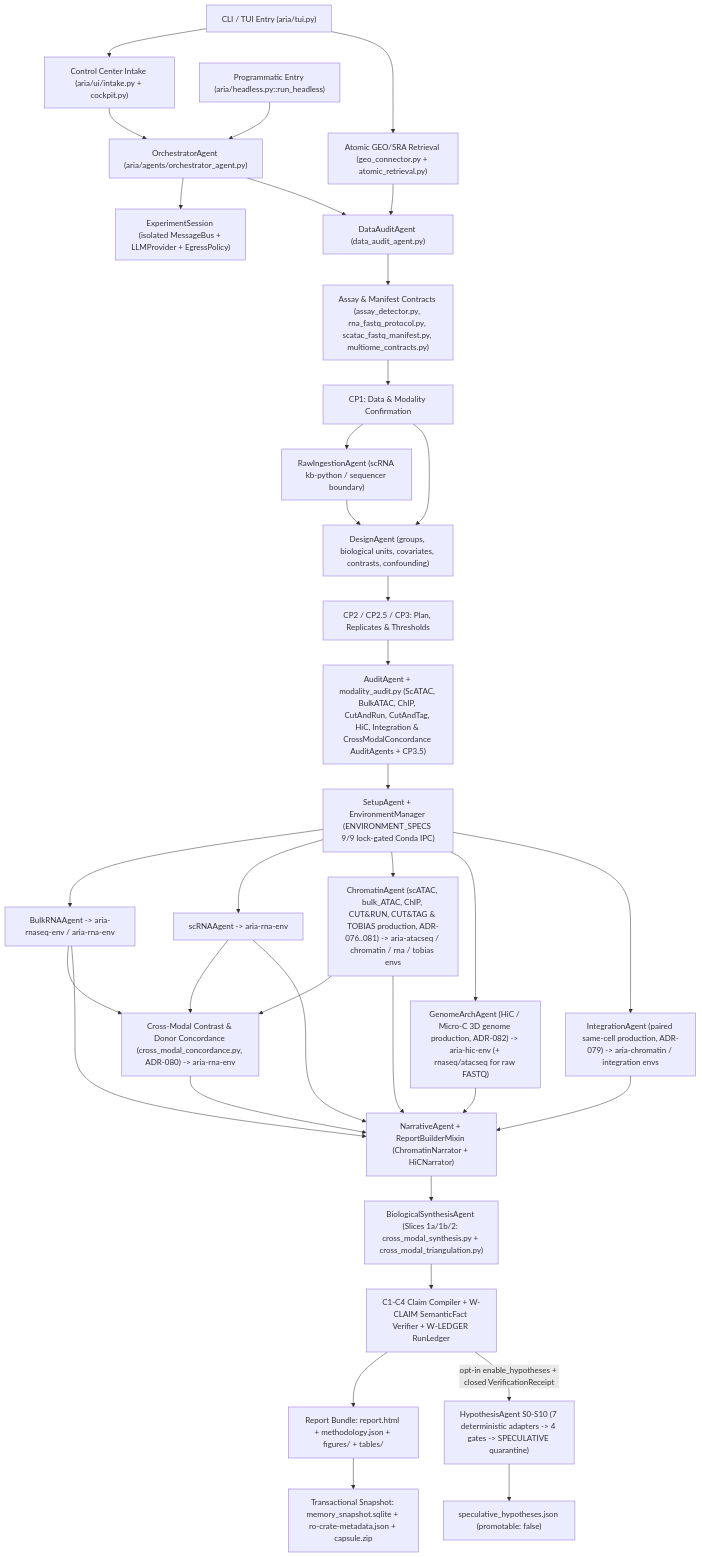
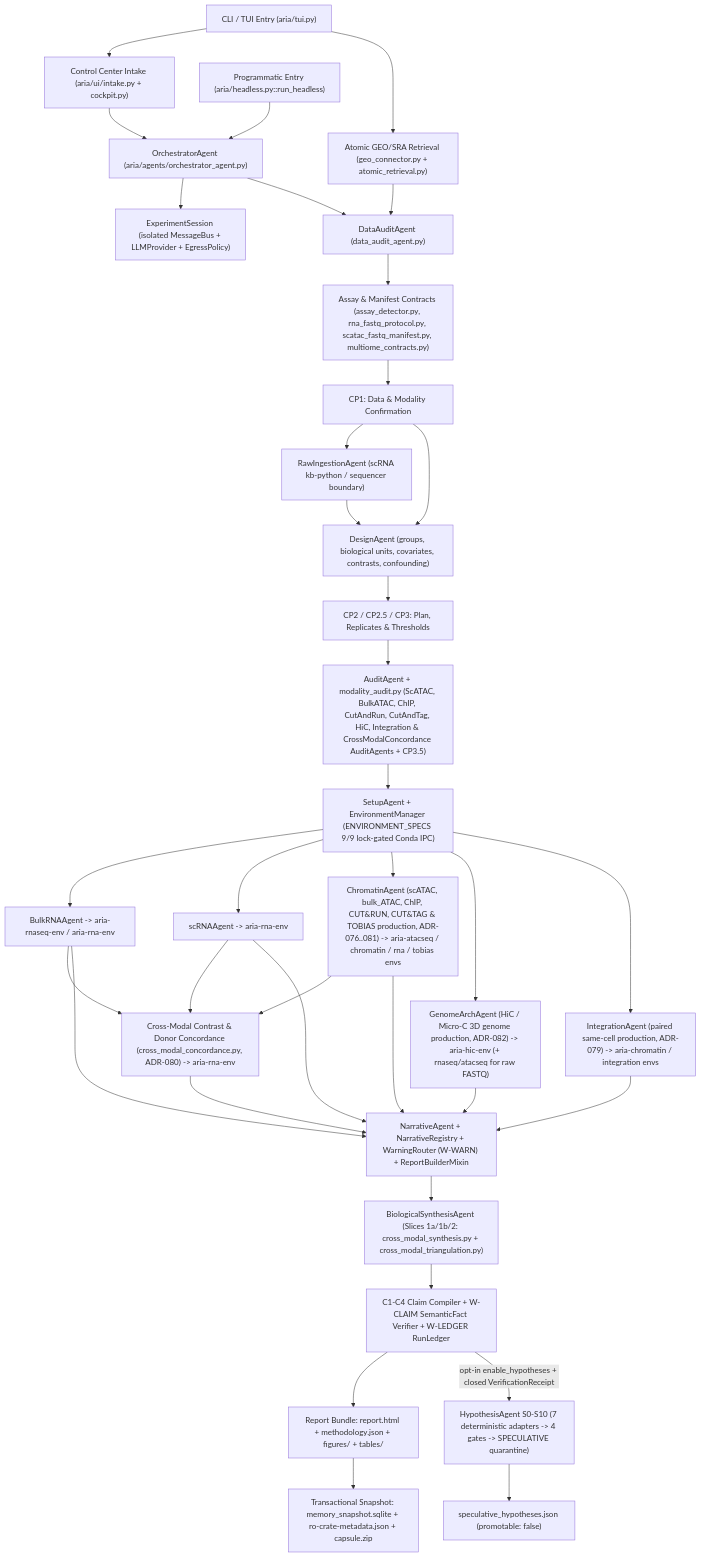
Before and after one commit to Olascoaga/aria-omics: the diagram in docs/architecture/code_graph.md, drawn with Mermaid. The commit also changed other lines of this file and 17 other files, not shown here.

````diff
--- a/docs/architecture/code_graph.md
+++ b/docs/architecture/code_graph.md
@@ -9,43 +9,43 @@
 ```mermaid
 flowchart TD
     CLI["CLI / TUI Entry (aria/tui.py)"] --> INTAKE["Control Center Intake (aria/ui/intake.py + cockpit.py)"]
     HEADLESS["Programmatic Entry (aria/headless.py::run_headless)"] --> ORCH
     CLI --> GEO["Atomic GEO/SRA Retrieval (geo_connector.py + atomic_retrieval.py)"]
     INTAKE --> ORCH["OrchestratorAgent (aria/agents/orchestrator_agent.py)"]
     GEO --> DA["DataAuditAgent (data_audit_agent.py)"]
     ORCH --> SESSION["ExperimentSession (isolated MessageBus + LLMProvider + EgressPolicy)"]
     ORCH --> DA
 
     DA --> ASSAY["Assay & Manifest Contracts (assay_detector.py, rna_fastq_protocol.py, scatac_fastq_manifest.py, multiome_contracts.py)"]
     ASSAY --> CP1["CP1: Data & Modality Confirmation"]
     CP1 --> RAW["RawIngestionAgent (scRNA kb-python / sequencer boundary)"]
     CP1 --> DESIGN["DesignAgent (groups, biological units, covariates, contrasts, confounding)"]
     RAW --> DESIGN
     DESIGN --> CP2["CP2 / CP2.5 / CP3: Plan, Replicates & Thresholds"]
     CP2 --> AUDIT["AuditAgent + modality_audit.py (ScATAC, BulkATAC, ChIP, CutAndRun, CutAndTag, HiC, Integration & CrossModalConcordance AuditAgents + CP3.5)"]
     AUDIT --> SETUP["SetupAgent + EnvironmentManager (ENVIRONMENT_SPECS 9/9 lock-gated Conda IPC)"]
 
     SETUP --> BULK["BulkRNAAgent -> aria-rnaseq-env / aria-rna-env"]
     SETUP --> SCRNA["scRNAAgent -> aria-rna-env"]
     SETUP --> CHROM["ChromatinAgent (scATAC, bulk_ATAC, ChIP, CUT&RUN, CUT&TAG & TOBIAS production, ADR-076..081) -> aria-atacseq / chromatin / rna / tobias envs"]
     SETUP --> HIC["GenomeArchAgent (HiC / Micro-C 3D genome production, ADR-082) -> aria-hic-env (+ rnaseq/atacseq for raw FASTQ)"]
     SETUP --> INTEG["IntegrationAgent (paired same-cell production, ADR-079) -> aria-chromatin / integration envs"]
 
     BULK --> XMODAL["Cross-Modal Contrast & Donor Concordance (cross_modal_concordance.py, ADR-080) -> aria-rna-env"]
     SCRNA --> XMODAL
     CHROM --> XMODAL
 
-    BULK --> NARR["NarrativeAgent + ReportBuilderMixin (ChromatinNarrator + HiCNarrator)"]
+    BULK --> NARR["NarrativeAgent + NarrativeRegistry + WarningRouter (W-WARN) + ReportBuilderMixin"]
     SCRNA --> NARR
     CHROM --> NARR
     HIC --> NARR
     INTEG --> NARR
     XMODAL --> NARR
 
     NARR --> SYNTH["BiologicalSynthesisAgent (Slices 1a/1b/2: cross_modal_synthesis.py + cross_modal_triangulation.py)"]
     SYNTH --> COMPILER["C1-C4 Claim Compiler + W-CLAIM SemanticFact Verifier + W-LEDGER RunLedger"]
     COMPILER --> BUNDLE["Report Bundle: report.html + methodology.json + figures/ + tables/"]
     BUNDLE --> CAPSULE["Transactional Snapshot: memory_snapshot.sqlite + ro-crate-metadata.json + capsule.zip"]
     COMPILER -->|opt-in enable_hypotheses + closed VerificationReceipt| HYPO["HypothesisAgent S0-S10 (7 deterministic adapters -> 4 gates -> SPECULATIVE quarantine)"]
     HYPO --> SPEC_JSON["speculative_hypotheses.json (promotable: false)"]
 ```
````
